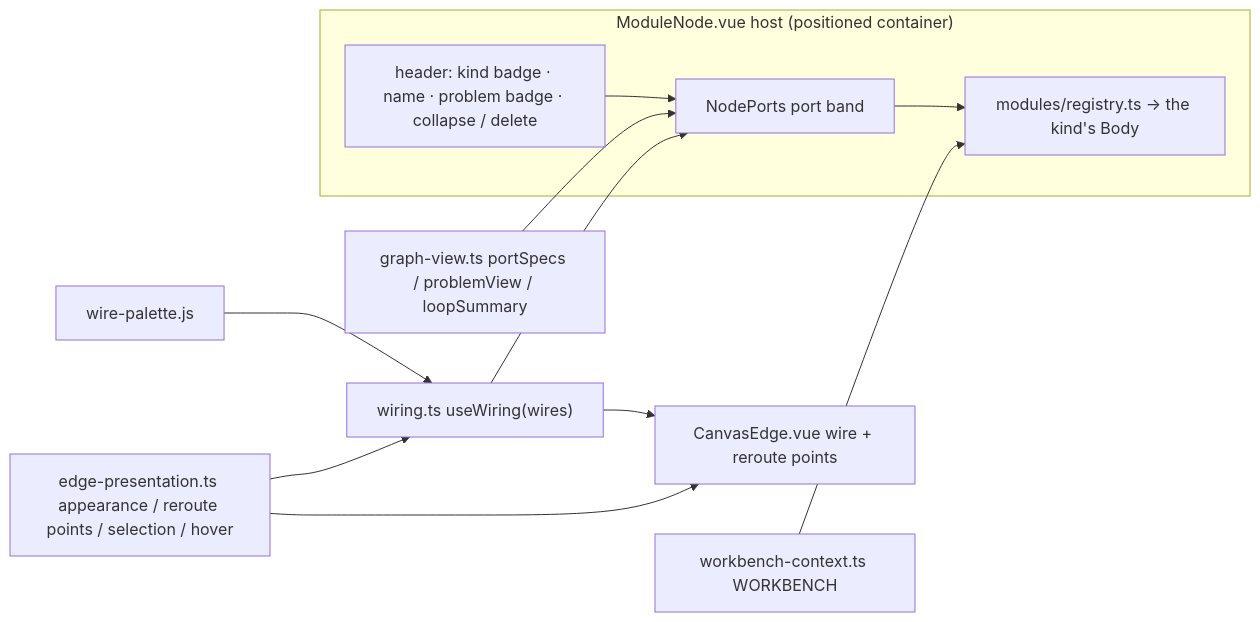
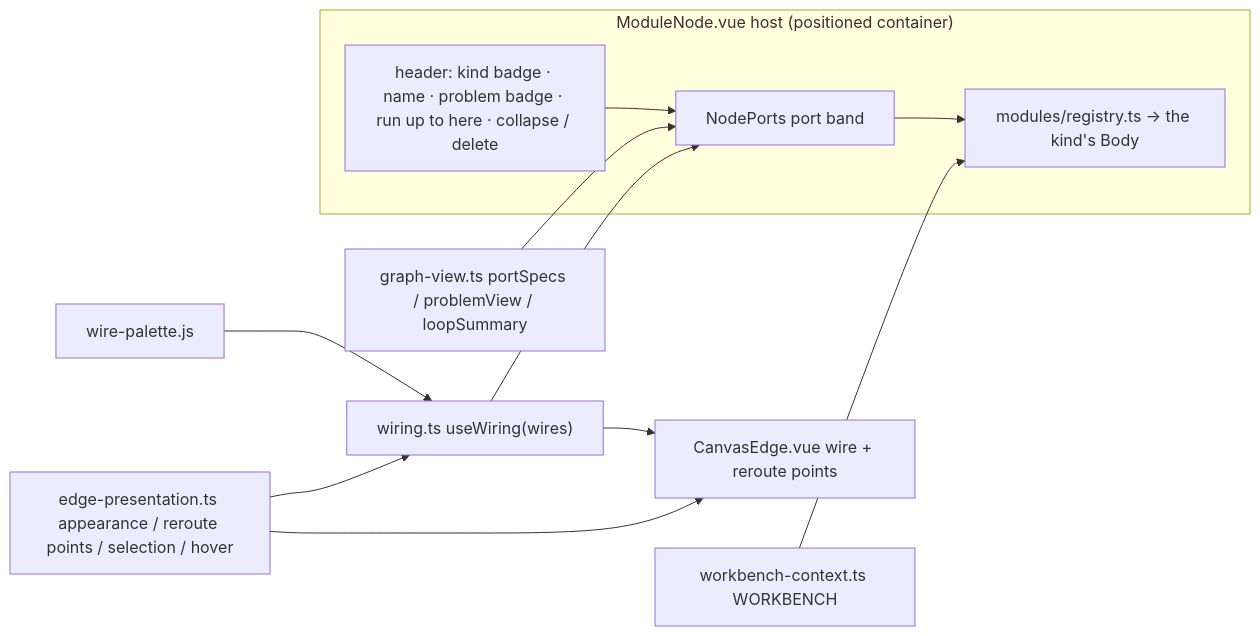
One commit to nishuzumi/neurom changed the diagram in docs/canvas-nodes.en.md. Above: the diagram before and after it, drawn with Mermaid. The commit also changed other lines of this file and 121 other files, not shown here.

First line of the commit message:
feat: tank battle template, script module, run up to here, local artifact store

````diff
--- a/docs/canvas-nodes.en.md
+++ b/docs/canvas-nodes.en.md
@@ -13,13 +13,13 @@
 ```mermaid
 flowchart LR
   subgraph host["ModuleNode.vue host (positioned container)"]
-    head["header: kind badge · name · problem badge · collapse / delete"] --> band["NodePorts port band"] --> body["modules/registry.ts → the kind's Body"]
+    head["header: kind badge · name · problem badge · run up to here · collapse / delete"] --> band["NodePorts port band"] --> body["modules/registry.ts → the kind's Body"]
   end
   graphview["graph-view.ts portSpecs / problemView / loopSummary"] --> band
   wiring["wiring.ts useWiring(wires)"] --> band
   palette["wire-palette.js"] --> wiring
   wiring --> edge["CanvasEdge.vue wire + reroute points"]
   pres["edge-presentation.ts appearance / reroute points / selection / hover"] --> edge
   pres --> wiring
   ctx["workbench-context.ts WORKBENCH"] --> body
 ```
````
